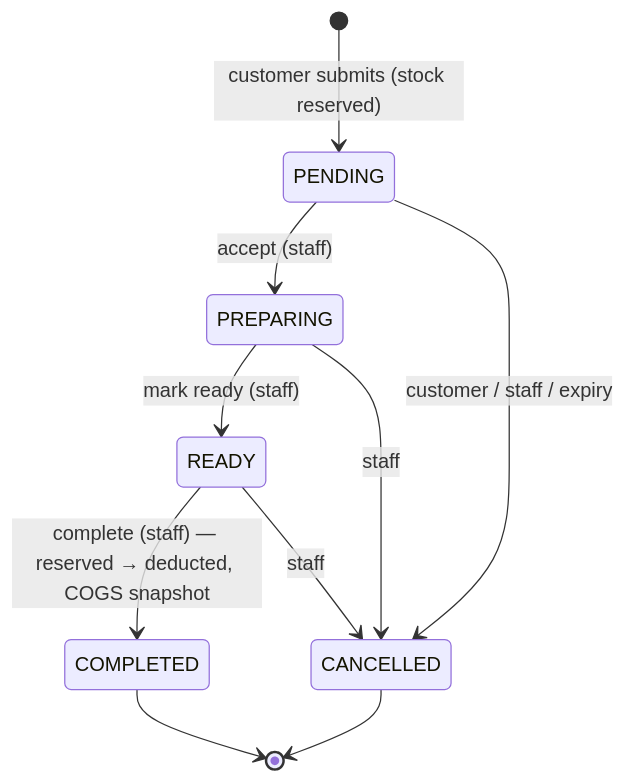
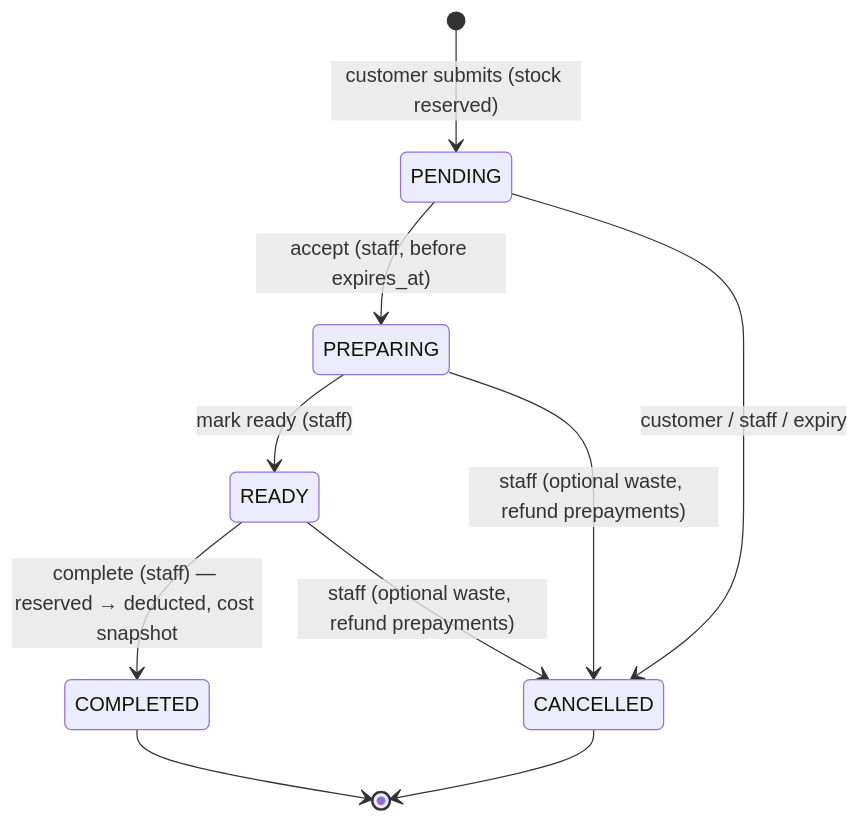
The diagram in docs/WORKFLOWS.md (mehrdadhafezi/rokhtiacafe), drawn with Mermaid before and after one commit. The commit also changed other lines of this file and 12 other files, not shown here.

First line of the commit message:
Correct architecture per review findings F1-F14

````diff
--- a/docs/WORKFLOWS.md
+++ b/docs/WORKFLOWS.md
@@ -8,12 +33,12 @@
 ```mermaid
 stateDiagram-v2
   [*] --> PENDING: customer submits (stock reserved)
-  PENDING --> PREPARING: accept (staff)
+  PENDING --> PREPARING: accept (staff, before expires_at)
   PREPARING --> READY: mark ready (staff)
-  READY --> COMPLETED: complete (staff) — reserved → deducted, COGS snapshot
+  READY --> COMPLETED: complete (staff) — reserved → deducted, cost snapshot
   PENDING --> CANCELLED: customer / staff / expiry
-  PREPARING --> CANCELLED: staff
-  READY --> CANCELLED: staff
+  PREPARING --> CANCELLED: staff (optional waste, refund prepayments)
+  READY --> CANCELLED: staff (optional waste, refund prepayments)
   COMPLETED --> [*]
   CANCELLED --> [*]
 ```
````
